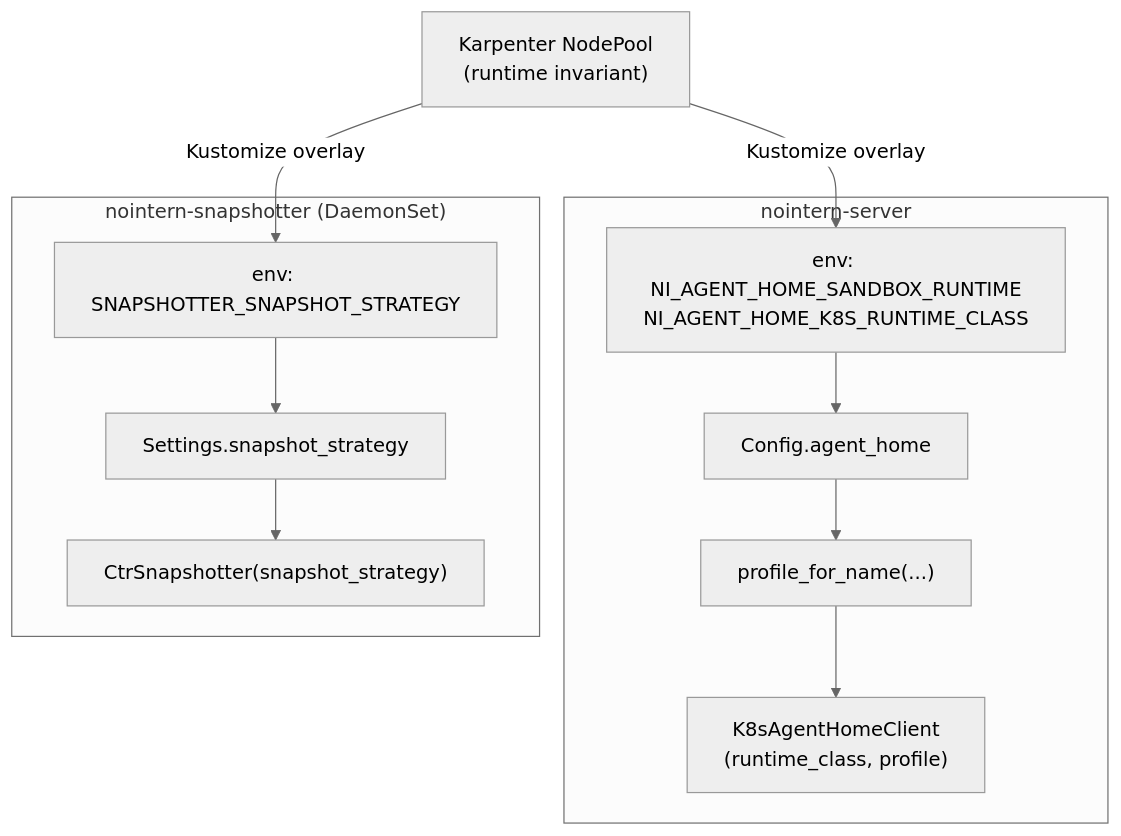
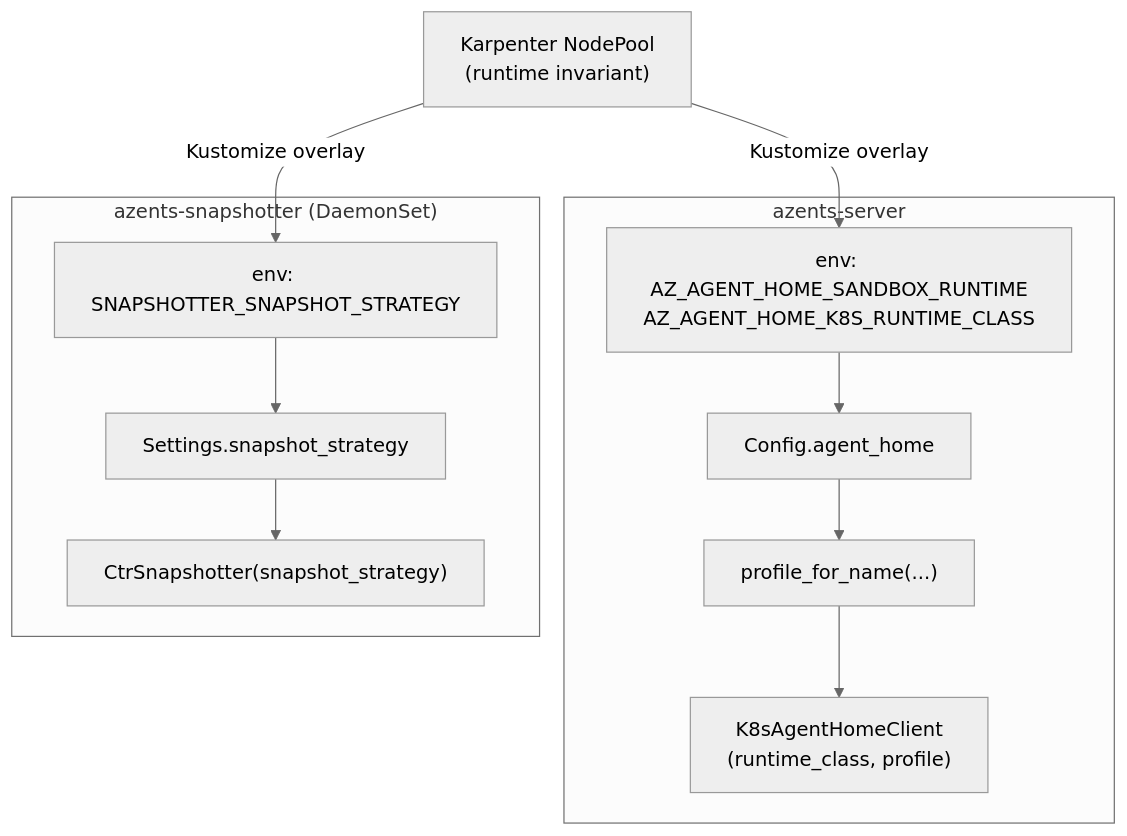
The diagram in docs/azents/design/sandbox-runtime-profile.md (azents/azents), drawn with Mermaid (neutral theme) before and after one commit. The commit also changed other lines of this file and 245 other files, not shown here.

````diff
--- a/docs/azents/design/sandbox-runtime-profile.md
+++ b/docs/azents/design/sandbox-runtime-profile.md
@@ -93,19 +93,19 @@
 ```mermaid
 flowchart TB
   NodePool["Karpenter NodePool<br/>(runtime invariant)"]
-  subgraph "nointern-server"
-    NIEnv["env: NI_AGENT_HOME_SANDBOX_RUNTIME<br/>NI_AGENT_HOME_K8S_RUNTIME_CLASS"]
+  subgraph "azents-server"
+    AZEnv["env: AZ_AGENT_HOME_SANDBOX_RUNTIME<br/>AZ_AGENT_HOME_K8S_RUNTIME_CLASS"]
     Config["Config.agent_home"]
     Profile["profile_for_name(...)"]
     K8sClient["K8sAgentHomeClient<br/>(runtime_class, profile)"]
   end
-  subgraph "nointern-snapshotter (DaemonSet)"
+  subgraph "azents-snapshotter (DaemonSet)"
     SSEnv["env: SNAPSHOTTER_SNAPSHOT_STRATEGY"]
     Settings["Settings.snapshot_strategy"]
     CtrSnap["CtrSnapshotter(snapshot_strategy)"]
   end
-  NodePool -->|Kustomize overlay| NIEnv
+  NodePool -->|Kustomize overlay| AZEnv
   NodePool -->|Kustomize overlay| SSEnv
-  NIEnv --> Config --> Profile --> K8sClient
+  AZEnv --> Config --> Profile --> K8sClient
   SSEnv --> Settings --> CtrSnap
 ```
````
